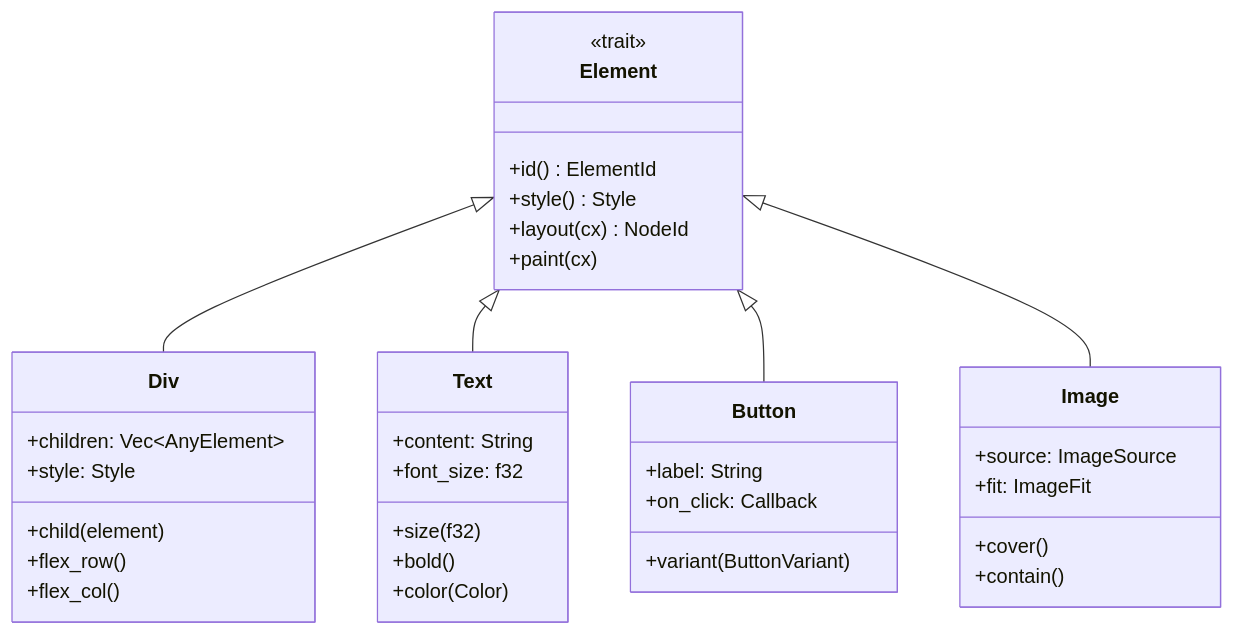
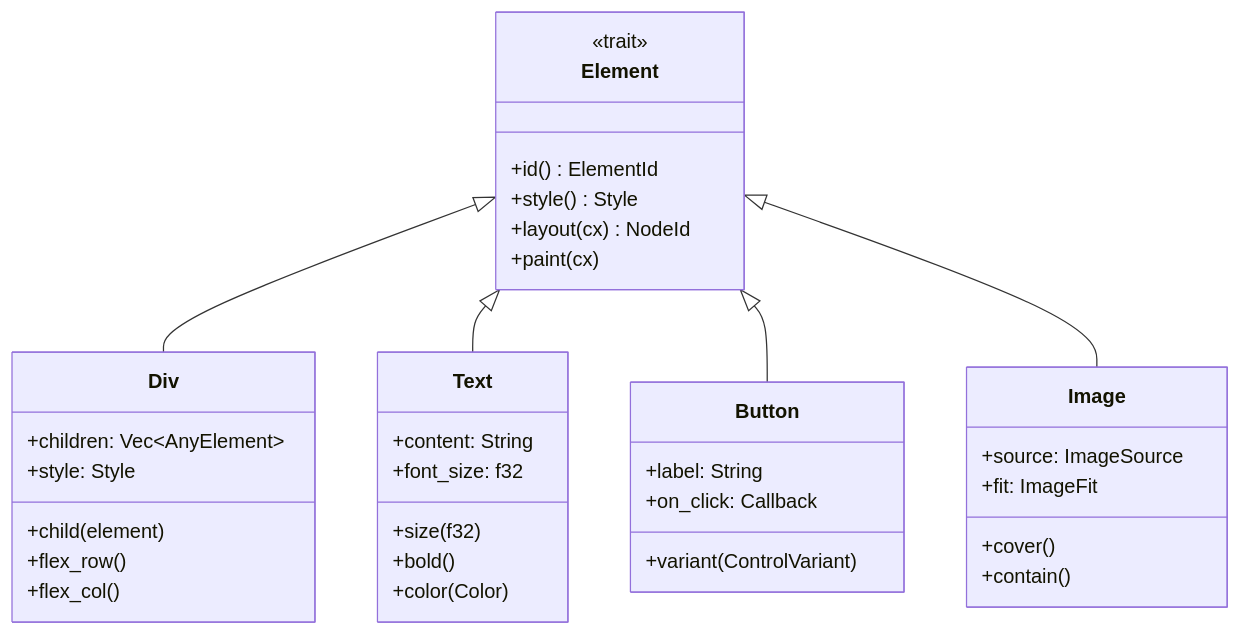
Before and after one commit to majiayu000/rui: the second of 10 diagrams in docs/ARCHITECTURE.md, drawn with Mermaid. The commit also changed other lines of this file and 33 other files, not shown here.

````diff
--- a/docs/ARCHITECTURE.md
+++ b/docs/ARCHITECTURE.md
@@ -82,44 +82,44 @@
 ```mermaid
 classDiagram
     class Element {
         <<trait>>
         +id() ElementId
         +style() Style
         +layout(cx) NodeId
         +paint(cx)
     }
 
     class Div {
         +children: Vec~AnyElement~
         +style: Style
         +child(element)
         +flex_row()
         +flex_col()
     }
 
     class Text {
         +content: String
         +font_size: f32
         +size(f32)
         +bold()
         +color(Color)
     }
 
     class Button {
         +label: String
         +on_click: Callback
-        +variant(ButtonVariant)
+        +variant(ControlVariant)
     }
 
     class Image {
         +source: ImageSource
         +fit: ImageFit
         +cover()
         +contain()
     }
 
     Element <|-- Div
     Element <|-- Text
     Element <|-- Button
     Element <|-- Image
 ```
````
